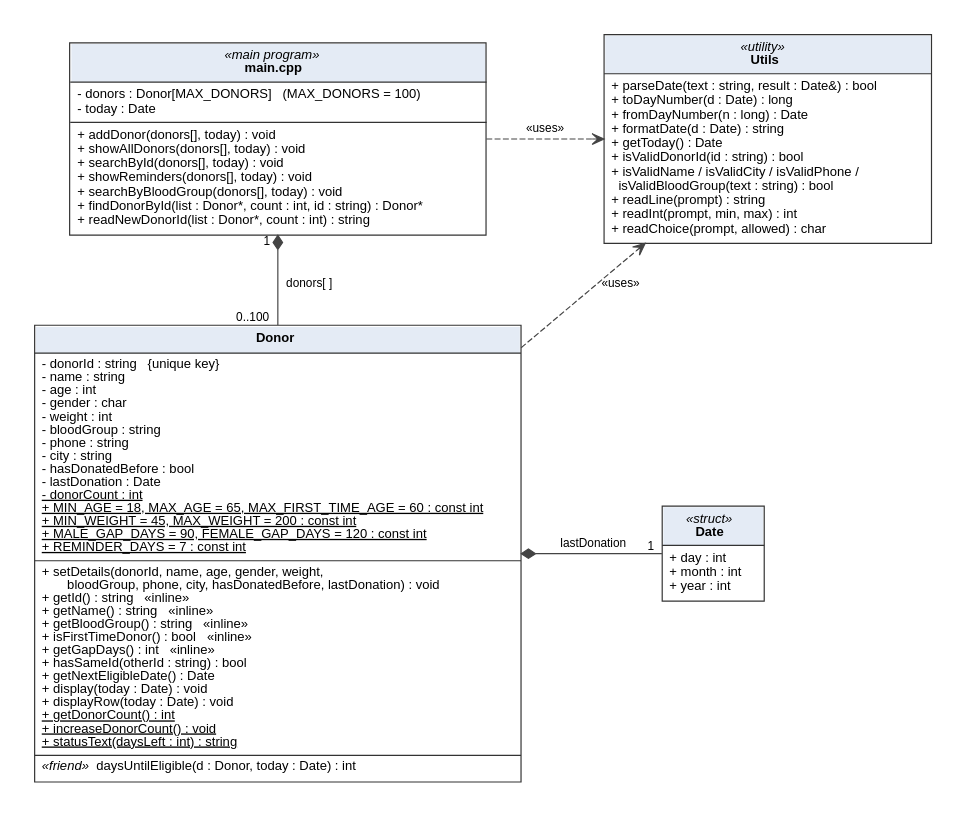
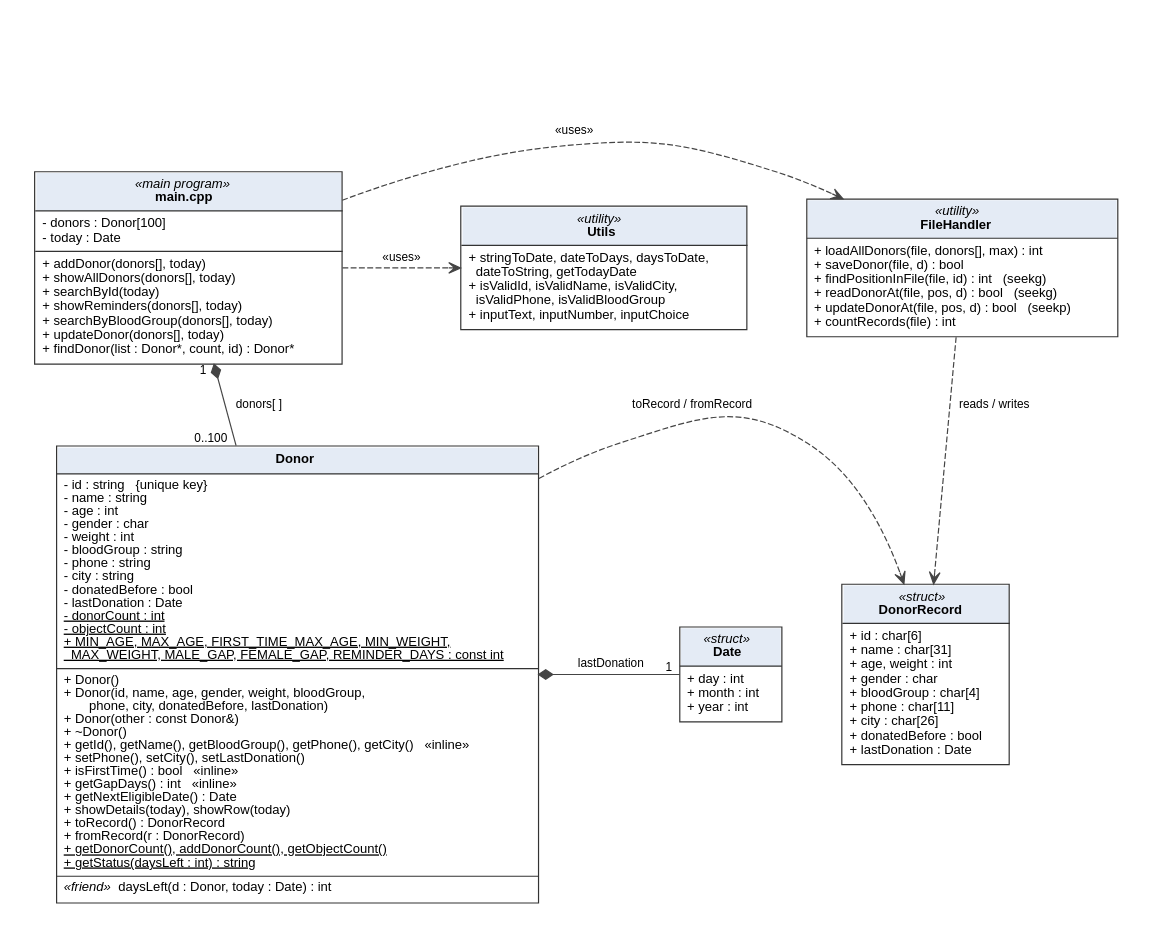
One commit to Hishaampp/CAP455-BloodDonorReminder changed the diagram in docs/uml_class_diagram.dot. Above: the diagram before and after it, drawn with Graphviz. The commit also changed 6 other files, not shown here.

Commit message:
CA2: update README, diagrams and add simplified CA2 proposal

```diff
--- a/docs/uml_class_diagram.dot
+++ b/docs/uml_class_diagram.dot
@@ -1,52 +1,65 @@
-// UML class diagram - Blood Donor Eligibility Reminder Console (CA1)
+// UML class diagram - Blood Donor Eligibility Reminder Console (CA2)
 // Render: dot -Tpng -Gdpi=200 uml_class_diagram.dot -o uml_class_diagram.png
 digraph UML {
     graph [rankdir=TB, fontname="Helvetica", bgcolor="white", pad="0.3", nodesep="0.7", ranksep="0.8"];
     node  [shape=plain, fontname="Helvetica", fontsize="11"];
     edge  [fontname="Helvetica", fontsize="10", color="#444444"];
 
     MainProgram [label=<
 <TABLE BORDER="1" CELLBORDER="0" CELLSPACING="0" CELLPADDING="5" COLOR="#333333">
 <TR><TD BGCOLOR="#e4ebf5"><I>«main program»</I><BR/><B>main.cpp</B></TD></TR>
 <HR/>
-<TR><TD ALIGN="LEFT" BALIGN="LEFT">- donors : Donor[MAX_DONORS]   (MAX_DONORS = 100)<BR/>- today : Date</TD></TR>
+<TR><TD ALIGN="LEFT" BALIGN="LEFT">- donors : Donor[100]<BR/>- today : Date</TD></TR>
 <HR/>
-<TR><TD ALIGN="LEFT" BALIGN="LEFT">+ addDonor(donors[], today) : void<BR/>+ showAllDonors(donors[], today) : void<BR/>+ searchById(donors[], today) : void<BR/>+ showReminders(donors[], today) : void<BR/>+ searchByBloodGroup(donors[], today) : void<BR/>+ findDonorById(list : Donor*, count : int, id : string) : Donor*<BR/>+ readNewDonorId(list : Donor*, count : int) : string</TD></TR>
+<TR><TD ALIGN="LEFT" BALIGN="LEFT">+ addDonor(donors[], today)<BR/>+ showAllDonors(donors[], today)<BR/>+ searchById(today)<BR/>+ showReminders(donors[], today)<BR/>+ searchByBloodGroup(donors[], today)<BR/>+ updateDonor(donors[], today)<BR/>+ findDonor(list : Donor*, count, id) : Donor*</TD></TR>
 </TABLE>>];
 
     Donor [label=<
 <TABLE BORDER="1" CELLBORDER="0" CELLSPACING="0" CELLPADDING="5" COLOR="#333333">
 <TR><TD BGCOLOR="#e4ebf5"><B>Donor</B></TD></TR>
 <HR/>
-<TR><TD ALIGN="LEFT" BALIGN="LEFT">- donorId : string   {unique key}<BR/>- name : string<BR/>- age : int<BR/>- gender : char<BR/>- weight : int<BR/>- bloodGroup : string<BR/>- phone : string<BR/>- city : string<BR/>- hasDonatedBefore : bool<BR/>- lastDonation : Date<BR/><U>- donorCount : int</U><BR/><U>+ MIN_AGE = 18, MAX_AGE = 65, MAX_FIRST_TIME_AGE = 60 : const int</U><BR/><U>+ MIN_WEIGHT = 45, MAX_WEIGHT = 200 : const int</U><BR/><U>+ MALE_GAP_DAYS = 90, FEMALE_GAP_DAYS = 120 : const int</U><BR/><U>+ REMINDER_DAYS = 7 : const int</U></TD></TR>
+<TR><TD ALIGN="LEFT" BALIGN="LEFT">- id : string   {unique key}<BR/>- name : string<BR/>- age : int<BR/>- gender : char<BR/>- weight : int<BR/>- bloodGroup : string<BR/>- phone : string<BR/>- city : string<BR/>- donatedBefore : bool<BR/>- lastDonation : Date<BR/><U>- donorCount : int</U><BR/><U>- objectCount : int</U><BR/><U>+ MIN_AGE, MAX_AGE, FIRST_TIME_MAX_AGE, MIN_WEIGHT,</U><BR/><U>   MAX_WEIGHT, MALE_GAP, FEMALE_GAP, REMINDER_DAYS : const int</U></TD></TR>
 <HR/>
-<TR><TD ALIGN="LEFT" BALIGN="LEFT">+ setDetails(donorId, name, age, gender, weight,<BR/>        bloodGroup, phone, city, hasDonatedBefore, lastDonation) : void<BR/>+ getId() : string   «inline»<BR/>+ getName() : string   «inline»<BR/>+ getBloodGroup() : string   «inline»<BR/>+ isFirstTimeDonor() : bool   «inline»<BR/>+ getGapDays() : int   «inline»<BR/>+ hasSameId(otherId : string) : bool<BR/>+ getNextEligibleDate() : Date<BR/>+ display(today : Date) : void<BR/>+ displayRow(today : Date) : void<BR/><U>+ getDonorCount() : int</U><BR/><U>+ increaseDonorCount() : void</U><BR/><U>+ statusText(daysLeft : int) : string</U></TD></TR>
+<TR><TD ALIGN="LEFT" BALIGN="LEFT">+ Donor()<BR/>+ Donor(id, name, age, gender, weight, bloodGroup,<BR/>        phone, city, donatedBefore, lastDonation)<BR/>+ Donor(other : const Donor&amp;)<BR/>+ ~Donor()<BR/>+ getId(), getName(), getBloodGroup(), getPhone(), getCity()   «inline»<BR/>+ setPhone(), setCity(), setLastDonation()<BR/>+ isFirstTime() : bool   «inline»<BR/>+ getGapDays() : int   «inline»<BR/>+ getNextEligibleDate() : Date<BR/>+ showDetails(today), showRow(today)<BR/>+ toRecord() : DonorRecord<BR/>+ fromRecord(r : DonorRecord)<BR/><U>+ getDonorCount(), addDonorCount(), getObjectCount()</U><BR/><U>+ getStatus(daysLeft : int) : string</U></TD></TR>
 <HR/>
-<TR><TD ALIGN="LEFT" BALIGN="LEFT"><I>«friend»</I> daysUntilEligible(d : Donor, today : Date) : int</TD></TR>
+<TR><TD ALIGN="LEFT" BALIGN="LEFT"><I>«friend»</I> daysLeft(d : Donor, today : Date) : int</TD></TR>
+</TABLE>>];
+
+    Record [label=<
+<TABLE BORDER="1" CELLBORDER="0" CELLSPACING="0" CELLPADDING="5" COLOR="#333333">
+<TR><TD BGCOLOR="#e4ebf5"><I>«struct»</I><BR/><B>DonorRecord</B></TD></TR>
+<HR/>
+<TR><TD ALIGN="LEFT" BALIGN="LEFT">+ id : char[6]<BR/>+ name : char[31]<BR/>+ age, weight : int<BR/>+ gender : char<BR/>+ bloodGroup : char[4]<BR/>+ phone : char[11]<BR/>+ city : char[26]<BR/>+ donatedBefore : bool<BR/>+ lastDonation : Date</TD></TR>
 </TABLE>>];
 
     Date [label=<
 <TABLE BORDER="1" CELLBORDER="0" CELLSPACING="0" CELLPADDING="5" COLOR="#333333">
 <TR><TD BGCOLOR="#e4ebf5"><I>«struct»</I><BR/><B>Date</B></TD></TR>
 <HR/>
 <TR><TD ALIGN="LEFT" BALIGN="LEFT">+ day : int<BR/>+ month : int<BR/>+ year : int</TD></TR>
 </TABLE>>];
 
+    Files [label=<
+<TABLE BORDER="1" CELLBORDER="0" CELLSPACING="0" CELLPADDING="5" COLOR="#333333">
+<TR><TD BGCOLOR="#e4ebf5"><I>«utility»</I><BR/><B>FileHandler</B></TD></TR>
+<HR/>
+<TR><TD ALIGN="LEFT" BALIGN="LEFT">+ loadAllDonors(file, donors[], max) : int<BR/>+ saveDonor(file, d) : bool<BR/>+ findPositionInFile(file, id) : int   (seekg)<BR/>+ readDonorAt(file, pos, d) : bool   (seekg)<BR/>+ updateDonorAt(file, pos, d) : bool   (seekp)<BR/>+ countRecords(file) : int</TD></TR>
+</TABLE>>];
+
     Utils [label=<
 <TABLE BORDER="1" CELLBORDER="0" CELLSPACING="0" CELLPADDING="5" COLOR="#333333">
 <TR><TD BGCOLOR="#e4ebf5"><I>«utility»</I><BR/><B>Utils</B></TD></TR>
 <HR/>
-<TR><TD ALIGN="LEFT" BALIGN="LEFT">+ parseDate(text : string, result : Date&amp;) : bool<BR/>+ toDayNumber(d : Date) : long<BR/>+ fromDayNumber(n : long) : Date<BR/>+ formatDate(d : Date) : string<BR/>+ getToday() : Date<BR/>+ isValidDonorId(id : string) : bool<BR/>+ isValidName / isValidCity / isValidPhone /<BR/>   isValidBloodGroup(text : string) : bool<BR/>+ readLine(prompt) : string<BR/>+ readInt(prompt, min, max) : int<BR/>+ readChoice(prompt, allowed) : char</TD></TR>
+<TR><TD ALIGN="LEFT" BALIGN="LEFT">+ stringToDate, dateToDays, daysToDate,<BR/>   dateToString, getTodayDate<BR/>+ isValidId, isValidName, isValidCity,<BR/>   isValidPhone, isValidBloodGroup<BR/>+ inputText, inputNumber, inputChoice</TD></TR>
 </TABLE>>];
 
-    // main.cpp owns an array of 0..100 Donor objects (composition)
     MainProgram -> Donor [dir=both, arrowtail=diamond, arrowhead=none, headlabel="0..100  ", taillabel="1  ", label="  donors[ ]"];
-    // each Donor contains one Date (composition)
     Donor -> Date [dir=both, arrowtail=diamond, arrowhead=none, headlabel="1  ", label="  lastDonation"];
-    // dependencies
-    Donor -> Utils [style=dashed, arrowhead=vee, label="  «uses»", constraint=false];
+    Donor -> Record [style=dashed, arrowhead=vee, label="  toRecord / fromRecord"];
+    Files -> Record [style=dashed, arrowhead=vee, label="  reads / writes"];
+    MainProgram -> Files [style=dashed, arrowhead=vee, label="«uses»"];
     MainProgram -> Utils [style=dashed, arrowhead=vee, label="«uses»"];
 
-    { rank=same; MainProgram; Utils; }
-    { rank=same; Donor; Date; }
+    { rank=same; MainProgram; Files; Utils; }
+    { rank=same; Donor; Record; Date; }
 }
```
